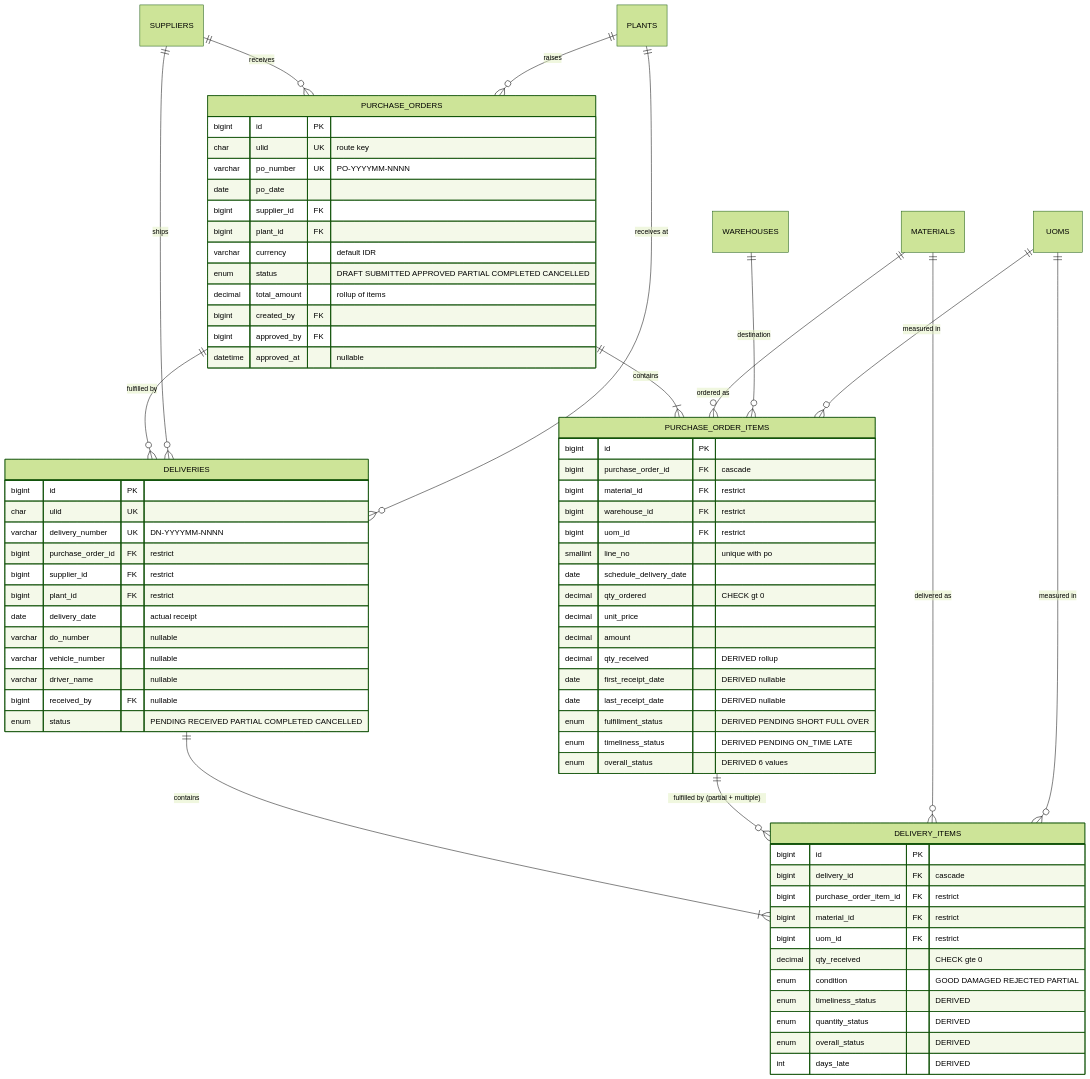
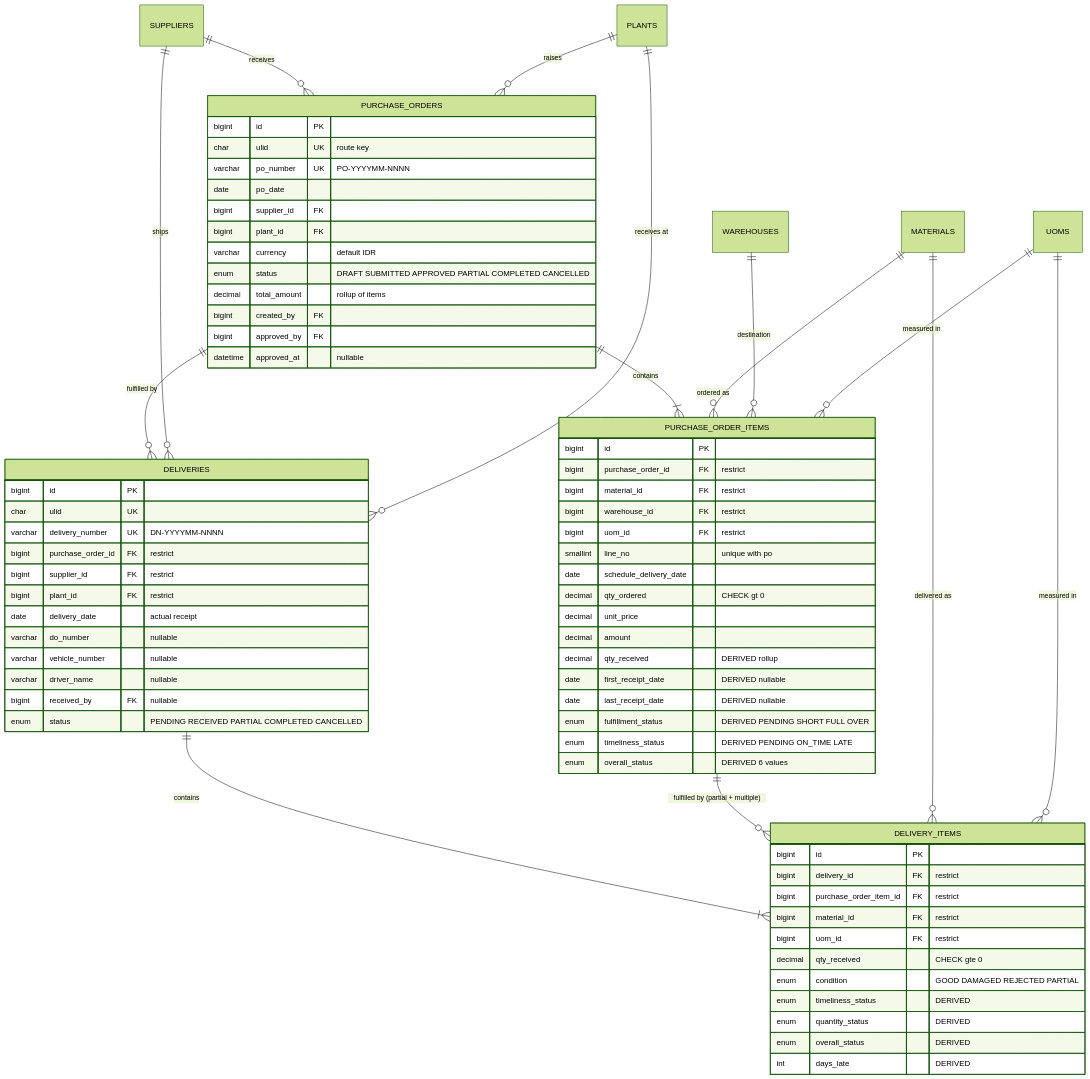
Before and after one commit to yusufazharzaini/MDP---Monitoring-System: the first of 5 diagrams in docs/02-ERD.md, drawn with Mermaid (forest theme). The commit also changed other lines of this file and 7 other files, not shown here.

````diff
--- a/docs/02-ERD.md
+++ b/docs/02-ERD.md
@@ -35,81 +35,81 @@
 ```mermaid
 erDiagram
     SUPPLIERS ||--o{ PURCHASE_ORDERS : "receives"
     PLANTS ||--o{ PURCHASE_ORDERS : "raises"
     PURCHASE_ORDERS ||--|{ PURCHASE_ORDER_ITEMS : "contains"
     MATERIALS ||--o{ PURCHASE_ORDER_ITEMS : "ordered as"
     WAREHOUSES ||--o{ PURCHASE_ORDER_ITEMS : "destination"
     UOMS ||--o{ PURCHASE_ORDER_ITEMS : "measured in"
 
     PURCHASE_ORDERS ||--o{ DELIVERIES : "fulfilled by"
     SUPPLIERS ||--o{ DELIVERIES : "ships"
     PLANTS ||--o{ DELIVERIES : "receives at"
     DELIVERIES ||--|{ DELIVERY_ITEMS : "contains"
 
     PURCHASE_ORDER_ITEMS ||--o{ DELIVERY_ITEMS : "fulfilled by (partial + multiple)"
     MATERIALS ||--o{ DELIVERY_ITEMS : "delivered as"
     UOMS ||--o{ DELIVERY_ITEMS : "measured in"
 
     PURCHASE_ORDERS {
         bigint id PK
         char ulid UK "route key"
         varchar po_number UK "PO-YYYYMM-NNNN"
         date po_date
         bigint supplier_id FK
         bigint plant_id FK
         varchar currency "default IDR"
         enum status "DRAFT SUBMITTED APPROVED PARTIAL COMPLETED CANCELLED"
         decimal total_amount "rollup of items"
         bigint created_by FK
         bigint approved_by FK
         datetime approved_at "nullable"
     }
 
     PURCHASE_ORDER_ITEMS {
         bigint id PK
-        bigint purchase_order_id FK "cascade"
+        bigint purchase_order_id FK "restrict"
         bigint material_id FK "restrict"
         bigint warehouse_id FK "restrict"
         bigint uom_id FK "restrict"
         smallint line_no "unique with po"
         date schedule_delivery_date
         decimal qty_ordered "CHECK gt 0"
         decimal unit_price
         decimal amount
         decimal qty_received "DERIVED rollup"
         date first_receipt_date "DERIVED nullable"
         date last_receipt_date "DERIVED nullable"
         enum fulfillment_status "DERIVED PENDING SHORT FULL OVER"
         enum timeliness_status "DERIVED PENDING ON_TIME LATE"
         enum overall_status "DERIVED 6 values"
     }
 
     DELIVERIES {
         bigint id PK
         char ulid UK
         varchar delivery_number UK "DN-YYYYMM-NNNN"
         bigint purchase_order_id FK "restrict"
         bigint supplier_id FK "restrict"
         bigint plant_id FK "restrict"
         date delivery_date "actual receipt"
         varchar do_number "nullable"
         varchar vehicle_number "nullable"
         varchar driver_name "nullable"
         bigint received_by FK "nullable"
         enum status "PENDING RECEIVED PARTIAL COMPLETED CANCELLED"
     }
 
     DELIVERY_ITEMS {
         bigint id PK
-        bigint delivery_id FK "cascade"
+        bigint delivery_id FK "restrict"
         bigint purchase_order_item_id FK "restrict"
         bigint material_id FK "restrict"
         bigint uom_id FK "restrict"
         decimal qty_received "CHECK gte 0"
         enum condition "GOOD DAMAGED REJECTED PARTIAL"
         enum timeliness_status "DERIVED"
         enum quantity_status "DERIVED"
         enum overall_status "DERIVED"
         int days_late "DERIVED"
     }
 ```
````
